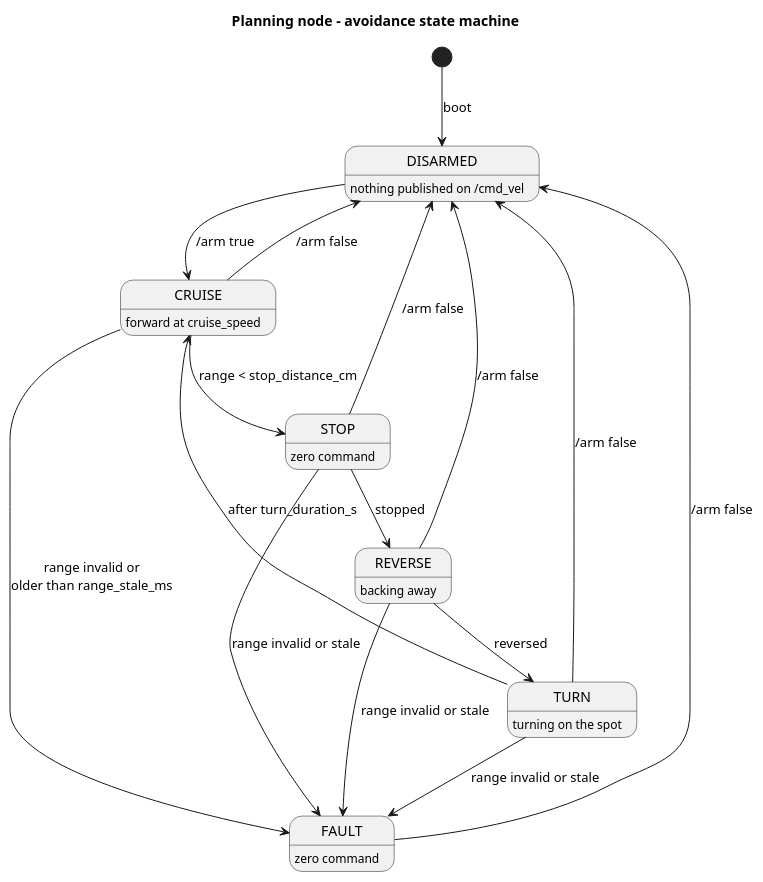
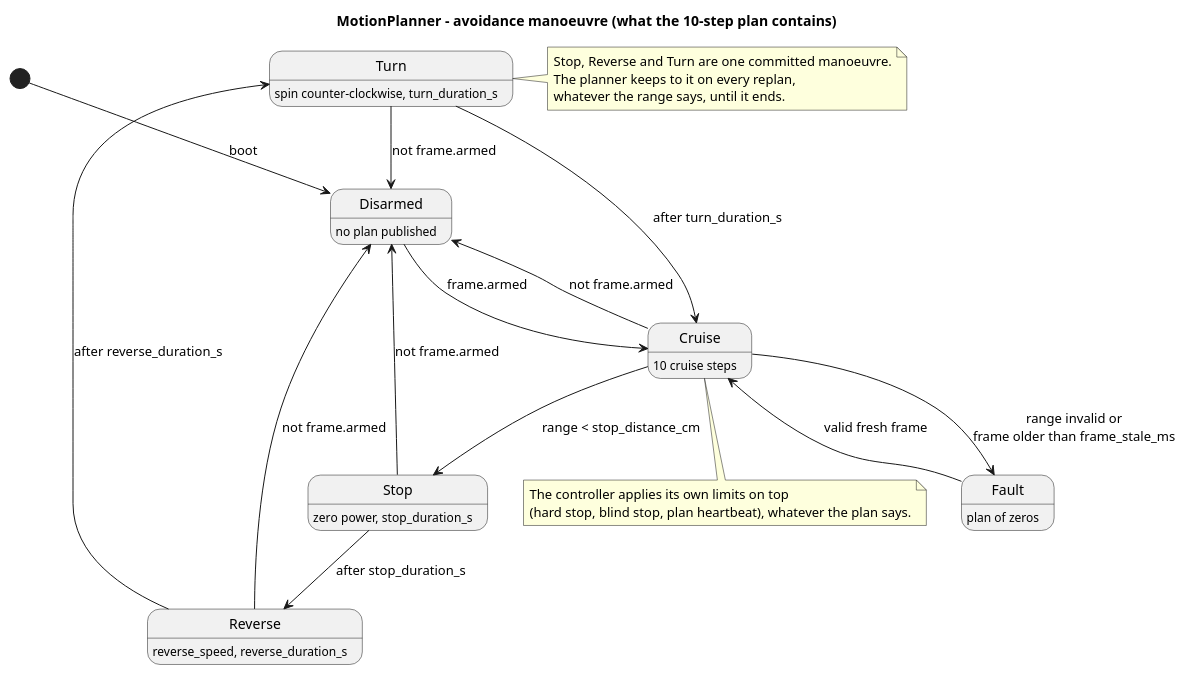
Before and after one commit to ram3917/PiCar_Robot: the diagram in docs/state-machine.puml, drawn with PlantUML. The commit also changed 54 other files, not shown here.

First line of the commit message:
Replace perception/planning/action with controller and motion planner (v0.2)

```diff
--- a/docs/state-machine.puml
+++ b/docs/state-machine.puml
@@ -1,30 +1,38 @@
 @startuml state-machine
-title Planning node - avoidance state machine
+title MotionPlanner - avoidance manoeuvre (what the 10-step plan contains)
 
-[*] --> DISARMED : boot
+[*] --> Disarmed : boot
 
-DISARMED : nothing published on /cmd_vel
-CRUISE : forward at cruise_speed
-STOP : zero command
-REVERSE : backing away
-TURN : turning on the spot
-FAULT : zero command
+Disarmed : no plan published
+Cruise : 10 cruise steps
+Stop : zero power, stop_duration_s
+Reverse : reverse_speed, reverse_duration_s
+Turn : spin counter-clockwise, turn_duration_s
+Fault : plan of zeros
 
-DISARMED --> CRUISE : /arm true
-CRUISE --> STOP : range < stop_distance_cm
-STOP --> REVERSE : stopped
-REVERSE --> TURN : reversed
-TURN --> CRUISE : after turn_duration_s
+Disarmed --> Cruise : frame.armed
+Cruise --> Stop : range < stop_distance_cm
+Stop --> Reverse : after stop_duration_s
+Reverse --> Turn : after reverse_duration_s
+Turn --> Cruise : after turn_duration_s
 
-CRUISE --> FAULT : range invalid or\nolder than range_stale_ms
-STOP --> FAULT : range invalid or stale
-REVERSE --> FAULT : range invalid or stale
-TURN --> FAULT : range invalid or stale
+Cruise --> Fault : range invalid or\nframe older than frame_stale_ms
+Fault --> Cruise : valid fresh frame
 
-CRUISE --> DISARMED : /arm false
-STOP --> DISARMED : /arm false
-REVERSE --> DISARMED : /arm false
-TURN --> DISARMED : /arm false
-FAULT --> DISARMED : /arm false
+Cruise --> Disarmed : not frame.armed
+Stop --> Disarmed : not frame.armed
+Reverse --> Disarmed : not frame.armed
+Turn --> Disarmed : not frame.armed
+
+note right of Turn
+  Stop, Reverse and Turn are one committed manoeuvre.
+  The planner keeps to it on every replan,
+  whatever the range says, until it ends.
+end note
+
+note bottom of Cruise
+  The controller applies its own limits on top
+  (hard stop, blind stop, plan heartbeat), whatever the plan says.
+end note
 
 @enduml
```
